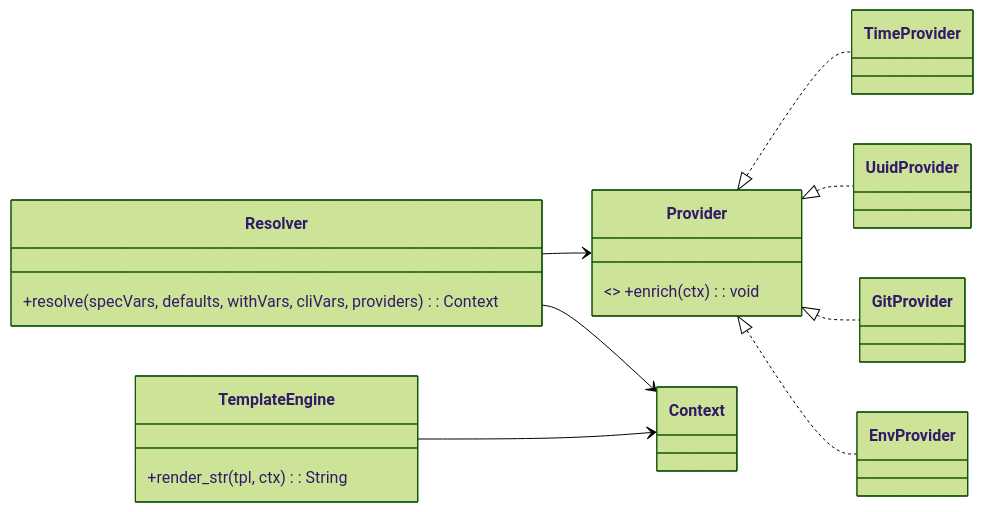
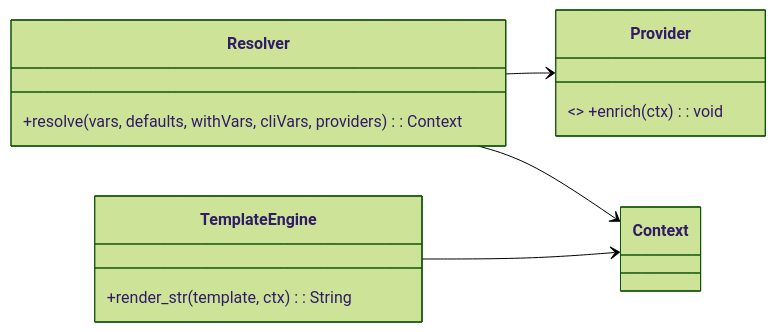
The seventh of 22 diagrams in docs/01_development_plan.md (agustinvalencia/mdvault), drawn with Mermaid (forest theme) before and after one commit. The commit also changed other lines of this file and 1 other file, not shown here.

````diff
--- a/docs/01_development_plan.md
+++ b/docs/01_development_plan.md
@@ -184,23 +203,14 @@
 ```mermaid
 classDiagram
   direction LR
   class Resolver {
-    +resolve(specVars, defaults, withVars, cliVars, providers): Context
+    +resolve(vars, defaults, withVars, cliVars, providers): Context
   }
   class Provider { <<interface>> +enrich(ctx): void }
-  class TimeProvider
-  class UuidProvider
-  class GitProvider
-  class EnvProvider
   class TemplateEngine {
-    +render_str(tpl, ctx): String
+    +render_str(template, ctx): String
   }
-
   Resolver --> Provider
-  Provider <|.. TimeProvider
-  Provider <|.. UuidProvider
-  Provider <|.. GitProvider
-  Provider <|.. EnvProvider
   Resolver --> Context
   TemplateEngine --> Context
 ```
````
